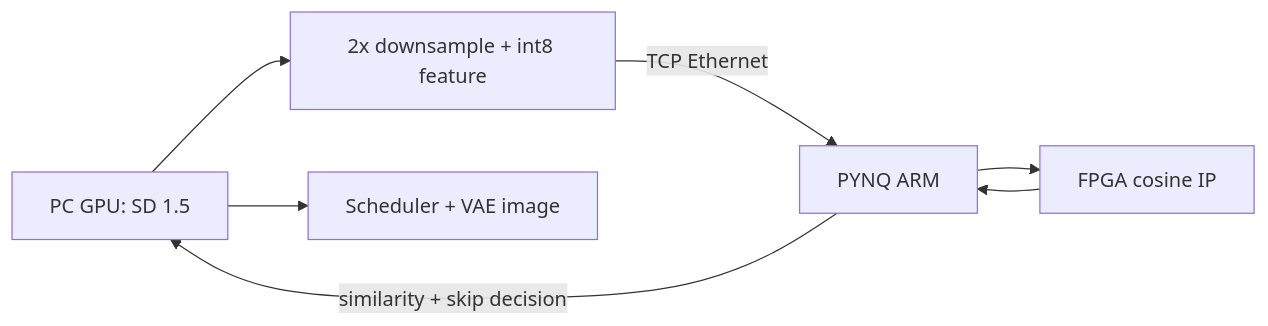
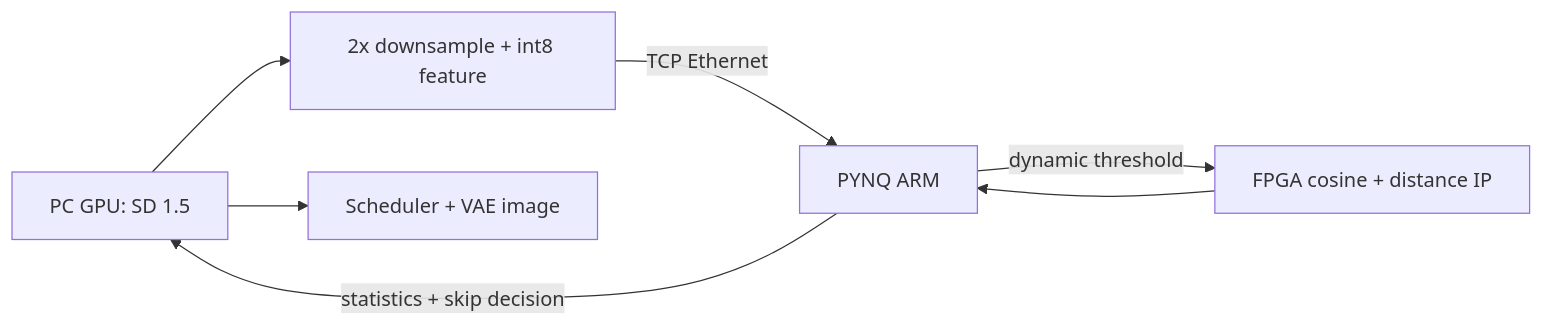
The diagram in README.md (vigourway-boop/SD-v1.5-speed-up), drawn with Mermaid before and after one commit. The commit also changed other lines of this file and 22 other files, not shown here.

````diff
--- a/README.md
+++ b/README.md
@@ -7,9 +7,9 @@
 ```mermaid
 flowchart LR
     A["PC GPU: SD 1.5"] --> B["2x downsample + int8 feature"]
     B -->|"TCP Ethernet"| C["PYNQ ARM"]
-    C --> D["FPGA cosine IP"]
+    C -->|"dynamic threshold"| D["FPGA cosine + distance IP"]
     D --> C
-    C -->|"similarity + skip decision"| A
+    C -->|"statistics + skip decision"| A
     A --> E["Scheduler + VAE image"]
 ```
````
